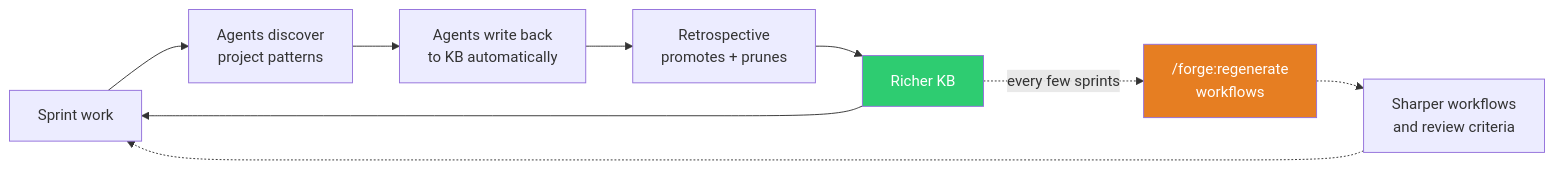
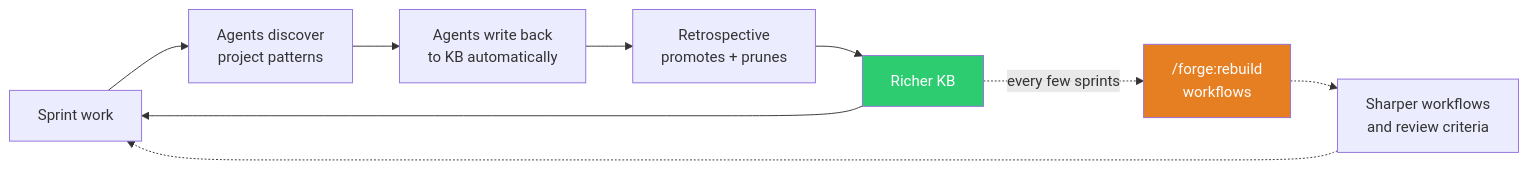
The third of 3 diagrams in docs/default-flow.md (Entelligentsia/forge), drawn with Mermaid before and after one commit. The commit also changed other lines of this file and 40 other files, not shown here.

````diff
--- a/docs/default-flow.md
+++ b/docs/default-flow.md
@@ -251,15 +246,15 @@
 ```mermaid
 flowchart LR
     S["Sprint work"] --> D["Agents discover\nproject patterns"]
     D --> W["Agents write back\nto KB automatically"]
     W --> R["Retrospective\npromotes + prunes"]
     R --> B["Richer KB"]
     B --> S
 
-    B -.->|every few sprints| RG["/forge:regenerate\nworkflows"]
+    B -.->|every few sprints| RG["/forge:rebuild\nworkflows"]
     RG -.-> WF["Sharper workflows\nand review criteria"]
     WF -.-> S
 
     style B fill:#2ecc71,color:#fff
     style RG fill:#e67e22,color:#fff
 ```
````
